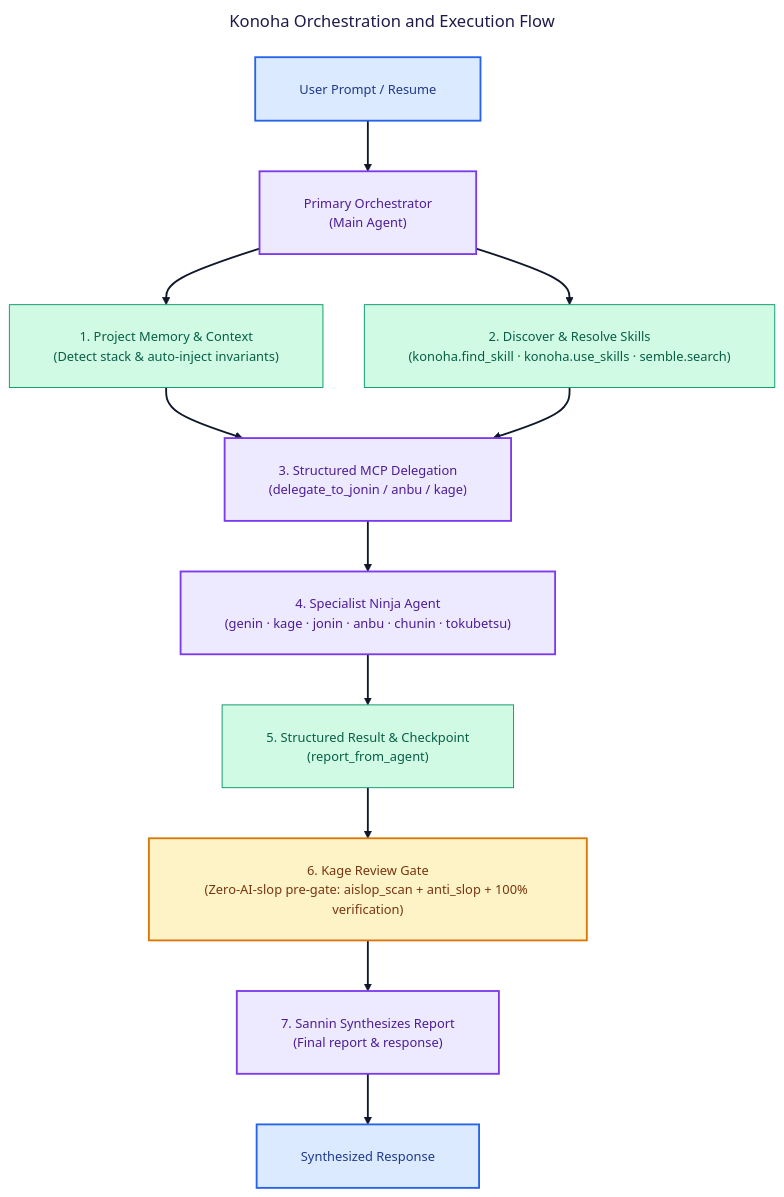
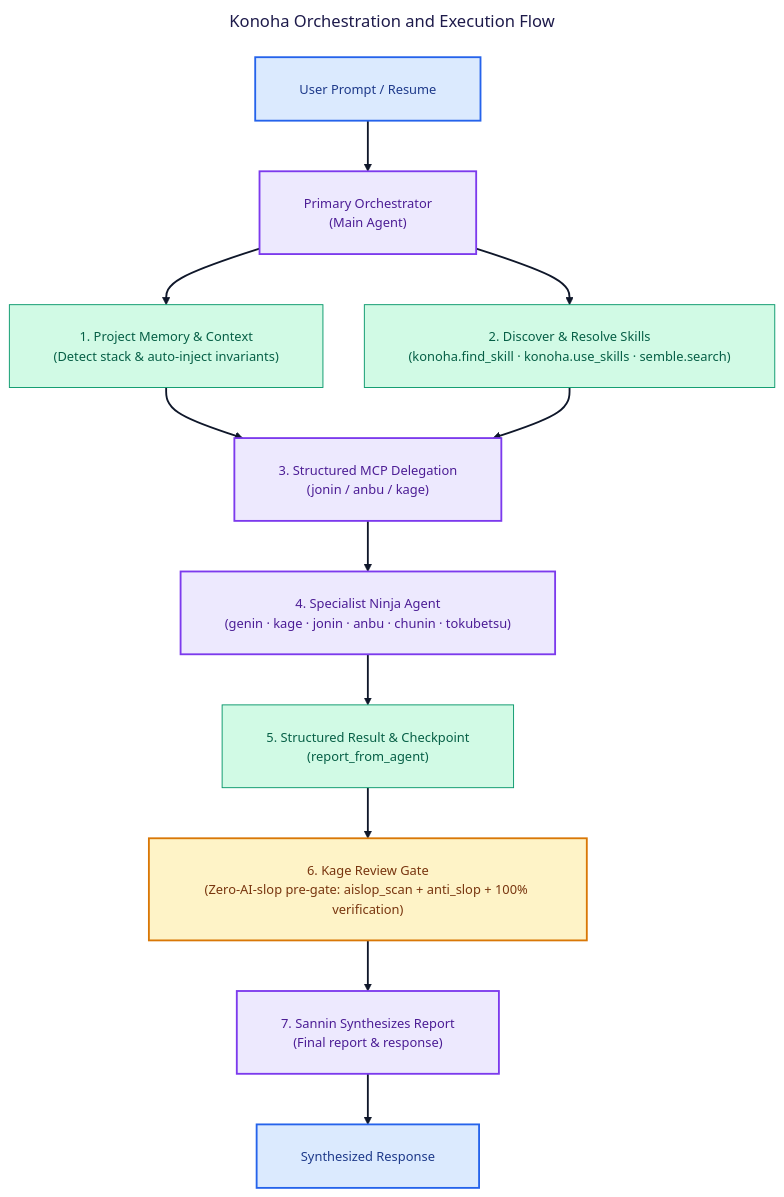
The first of 3 diagrams in README.md (andycungkrinx91/konoha), drawn with Mermaid before and after one commit. The commit also changed other lines of this file and 15 other files, not shown here.

Commit message:
refactor(mcp): remove delegate_to_* aliases and migrate delegation to direct specialist tools (Batch 4.6)

````diff
--- a/README.md
+++ b/README.md
@@ -296,46 +296,46 @@
 ```mermaid
 ---
 title: Konoha Orchestration and Execution Flow
 config:
   theme: base
   themeVariables:
     background: '#ffffff'
     mainBkg: '#ffffff'
     primaryColor: '#ede9fe'
     primaryTextColor: '#1e1b4b'
     primaryBorderColor: '#7c3aed'
     lineColor: '#0f172a'
     arrowheadColor: '#0f172a'
     secondaryColor: '#d1fae5'
     tertiaryColor: '#dbeafe'
     fontFamily: 'Inter, system-ui, sans-serif'
     fontSize: '14px'
   flowchart:
     nodeSpacing: 45
     rankSpacing: 55
     padding: 24
     wrappingWidth: 380
 ---
 flowchart TB
     Prompt["User Prompt / Resume"] --> Orchestrator["Primary Orchestrator<br/>(Main Agent)"]
     Orchestrator --> Context["1. Project Memory & Context<br/>(Detect stack & auto-inject invariants)"]
     Orchestrator --> Discover["2. Discover & Resolve Skills<br/>(konoha.find_skill · konoha.use_skills · semble.search)"]
-    Context --> Delegate["3. Structured MCP Delegation<br/>(delegate_to_jonin / anbu / kage)"]
+    Context --> Delegate["3. Structured MCP Delegation<br/>(jonin / anbu / kage)"]
     Discover --> Delegate
     Delegate --> Agent["4. Specialist Ninja Agent<br/>(genin · kage · jonin · anbu · chunin · tokubetsu)"]
     Agent --> Report["5. Structured Result & Checkpoint<br/>(report_from_agent)"]
     Report --> Review["6. Kage Review Gate<br/>(Zero-AI-slop pre-gate: aislop_scan + anti_slop + 100% verification)"]
     Review --> Synthesize["7. Sannin Synthesizes Report<br/>(Final report & response)"]
     Synthesize --> Response["Synthesized Response"]
 
     linkStyle default stroke:#0f172a,stroke-width:2px;
     classDef user fill:#dbeafe,stroke:#2563eb,color:#1e3a8a,stroke-width:2px
     classDef orchestration fill:#ede9fe,stroke:#7c3aed,color:#4c1d95,stroke-width:2px
     classDef mcp fill:#d1fae5,stroke:#059669,color:#065f46
     classDef review fill:#fef3c7,stroke:#d97706,color:#78350f,stroke-width:2px
     class Prompt,Response user
     class Orchestrator,Synthesize orchestration
     class Context,Discover,Report mcp
     class Review review
     class Delegate,Agent orchestration
 ```
````
